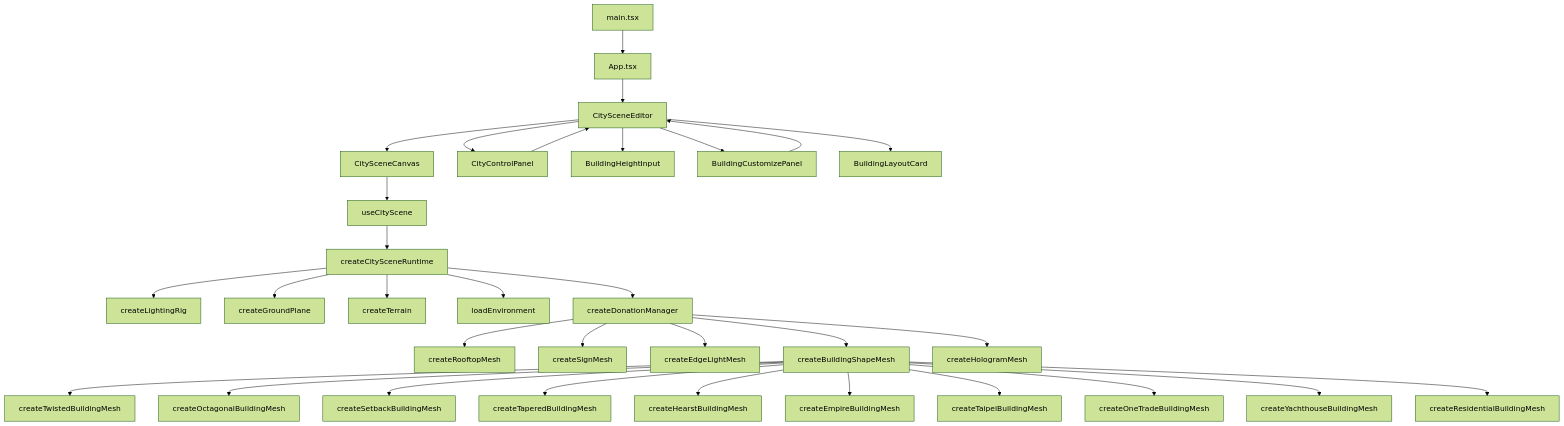
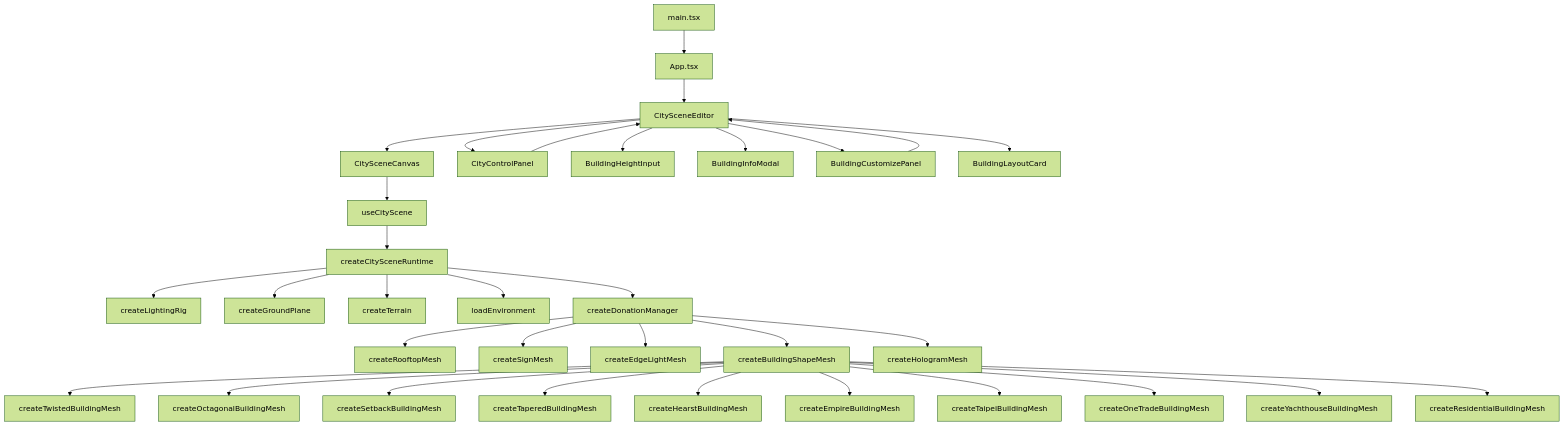
The first of 2 diagrams in doc/index.md (RaeII/cidoa), drawn with Mermaid (forest theme) before and after one commit. The commit also changed other lines of this file and 8 other files, not shown here.

````diff
--- a/doc/index.md
+++ b/doc/index.md
@@ -292,34 +295,35 @@
 ```mermaid
 flowchart TD
     A[main.tsx] --> B[App.tsx]
     B --> C[CitySceneEditor]
     C --> D[CitySceneCanvas]
     C --> E[CityControlPanel]
     C --> F[BuildingHeightInput]
+    C --> BI[BuildingInfoModal]
     C --> P[BuildingCustomizePanel]
     C --> BL[BuildingLayoutCard]
     D --> G[useCityScene]
     G --> H[createCitySceneRuntime]
     H --> I[createLightingRig]
     H --> J[createGroundPlane]
     H --> TR[createTerrain]
     H --> L[loadEnvironment]
     H --> M[createDonationManager]
     M --> N[createRooftopMesh]
     M --> O[createSignMesh]
     M --> Q[createEdgeLightMesh]
     M --> BS[createBuildingShapeMesh]
     BS --> T[createTwistedBuildingMesh]
     BS --> U[createOctagonalBuildingMesh]
     BS --> V[createSetbackBuildingMesh]
     BS --> W[createTaperedBuildingMesh]
     BS --> X[createHearstBuildingMesh]
     BS --> Y[createEmpireBuildingMesh]
     BS --> Z[createTaipeiBuildingMesh]
     BS --> OT[createOneTradeBuildingMesh]
     BS --> YC[createYachthouseBuildingMesh]
     BS --> RS[createResidentialBuildingMesh]
     M --> HG[createHologramMesh]
     E --> C
     P --> C
 ```
````
